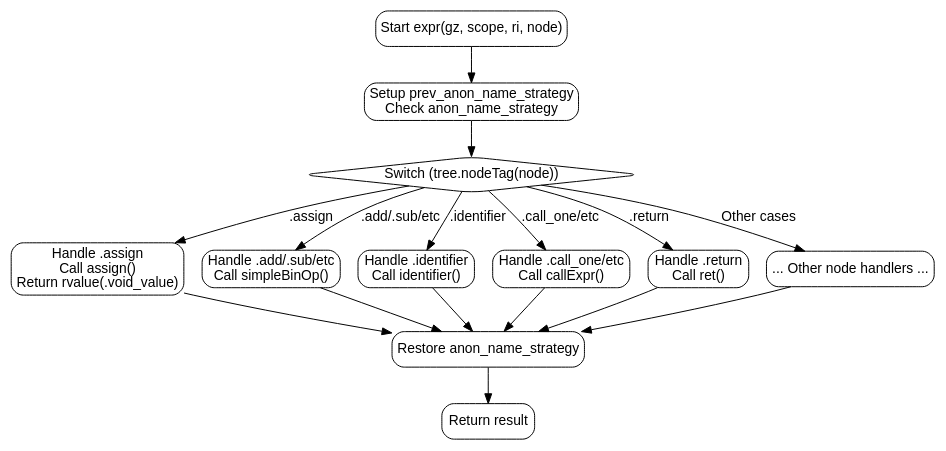
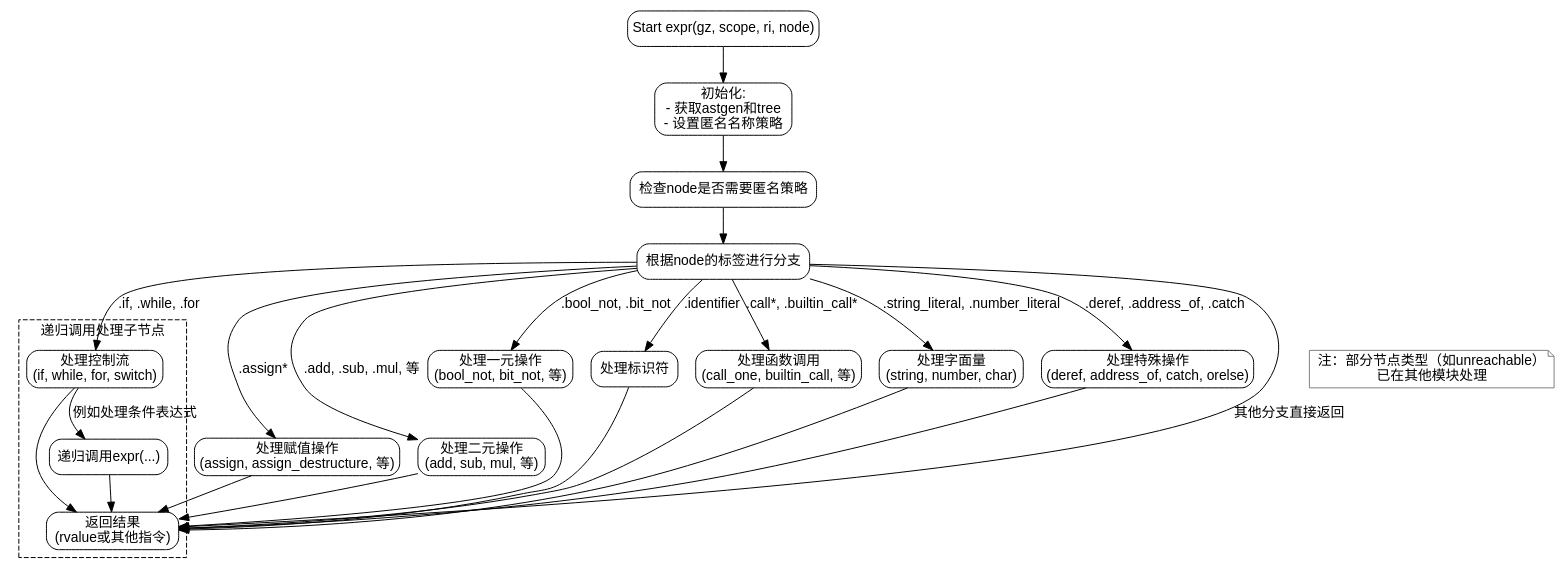
One commit to sdzx-1/deepseek-zig-reader changed the diagram in dot_std/zig/AstGen.zig.expr.md. Above: the diagram before and after it, drawn with Graphviz. The commit also changed other lines of this file and 236 other files, not shown here.

````diff
--- a/dot_std/zig/AstGen.zig.expr.md
+++ b/dot_std/zig/AstGen.zig.expr.md
@@ -28,37 +15,56 @@
 ```dot
-digraph flowchart {
+digraph flowchart_expr {
     node [shape=rectangle, style="rounded", fontname="Arial"];
     edge [fontname="Arial"];
-    
+
     start [label="Start expr(gz, scope, ri, node)"];
-    setup [label="Setup prev_anon_name_strategy\nCheck anon_name_strategy"];
-    switch_node [label="Switch (tree.nodeTag(node))", shape=diamond];
-    handle_assign [label="Handle .assign\nCall assign()\nReturn rvalue(.void_value)"];
-    handle_bin_op [label="Handle .add/.sub/etc\nCall simpleBinOp()"];
-    handle_identifier [label="Handle .identifier\nCall identifier()"];
-    handle_call [label="Handle .call_one/etc\nCall callExpr()"];
-    handle_return [label="Handle .return\nCall ret()"];
-    handle_other [label="... Other node handlers ..."];
-    defer_restore [label="Restore anon_name_strategy"];
-    end [label="Return result"];
+    init [label="初始化:\n- 获取astgen和tree\n- 设置匿名名称策略"];
+    check_node_uses_anon [label="检查node是否需要匿名策略"];
+    switch_node_tag [label="根据node的标签进行分支"];
+    handle_assign [label="处理赋值操作\n(assign, assign_destructure, 等)"];
+    handle_bin_op [label="处理二元操作\n(add, sub, mul, 等)"];
+    handle_un_op [label="处理一元操作\n(bool_not, bit_not, 等)"];
+    handle_identifier [label="处理标识符"];
+    handle_call [label="处理函数调用\n(call_one, builtin_call, 等)"];
+    handle_control_flow [label="处理控制流\n(if, while, for, switch)"];
+    handle_literals [label="处理字面量\n(string, number, char)"];
+    handle_special_ops [label="处理特殊操作\n(deref, address_of, catch, orelse)"];
+    return_result [label="返回结果\n(rvalue或其他指令)"];
 
-    start -> setup;
-    setup -> switch_node;
-    
-    switch_node -> handle_assign [label=".assign"];
-    switch_node -> handle_bin_op [label=".add/.sub/etc"];
-    switch_node -> handle_identifier [label=".identifier"];
-    switch_node -> handle_call [label=".call_one/etc"];
-    switch_node -> handle_return [label=".return"];
-    switch_node -> handle_other [label="Other cases"];
-    
-    handle_assign -> defer_restore;
-    handle_bin_op -> defer_restore;
-    handle_identifier -> defer_restore;
-    handle_call -> defer_restore;
-    handle_return -> defer_restore;
-    handle_other -> defer_restore;
-    
-    defer_restore -> end;
+    start -> init;
+    init -> check_node_uses_anon;
+    check_node_uses_anon -> switch_node_tag;
+
+    switch_node_tag -> handle_assign [label=".assign*"];
+    switch_node_tag -> handle_bin_op [label=".add, .sub, .mul, 等"];
+    switch_node_tag -> handle_un_op [label=".bool_not, .bit_not"];
+    switch_node_tag -> handle_identifier [label=".identifier"];
+    switch_node_tag -> handle_call [label=".call*, .builtin_call*"];
+    switch_node_tag -> handle_control_flow [label=".if, .while, .for"];
+    switch_node_tag -> handle_literals [label=".string_literal, .number_literal"];
+    switch_node_tag -> handle_special_ops [label=".deref, .address_of, .catch"];
+    switch_node_tag -> return_result [label="其他分支直接返回"];
+
+    handle_assign -> return_result;
+    handle_bin_op -> return_result;
+    handle_un_op -> return_result;
+    handle_identifier -> return_result;
+    handle_call -> return_result;
+    handle_control_flow -> return_result;
+    handle_literals -> return_result;
+    handle_special_ops -> return_result;
+
+    // 递归调用示例
+    subgraph cluster_recursion {
+        label="递归调用处理子节点";
+        style="dashed";
+        handle_control_flow -> expr_call [label="例如处理条件表达式"];
+        expr_call [label="递归调用expr(...)"];
+        expr_call -> return_result;
+    }
+
+    // 注释节点
+    note [shape=note, label="注：部分节点类型（如unreachable）\n已在其他模块处理", color=grey];
+    switch_node_tag -> note [style="invis"];
 }
 ```
````
